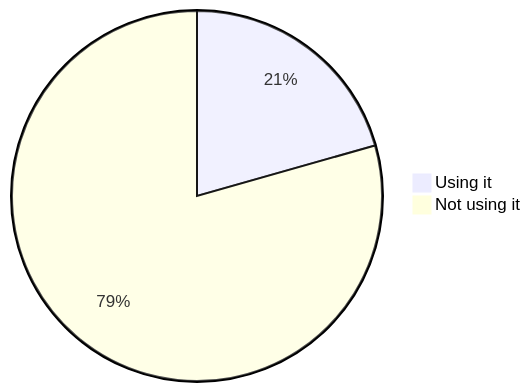
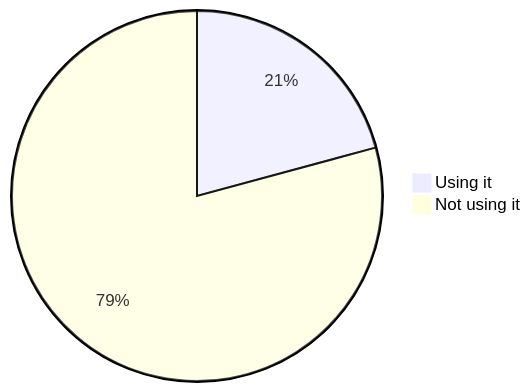
Diagram 18 of 22 in stats.md (oshp/oshp-stats), drawn with Mermaid before and after one commit. The commit also changed other lines of this file, not shown here.

````diff
--- a/stats.md
+++ b/stats.md
@@ -214,6 +214,6 @@
 ```mermaid
 pie
-	"Using it" : 20.6
-	"Not using it" : 79.4
+	"Using it" : 20.79
+	"Not using it" : 79.21
 
 ```
````
